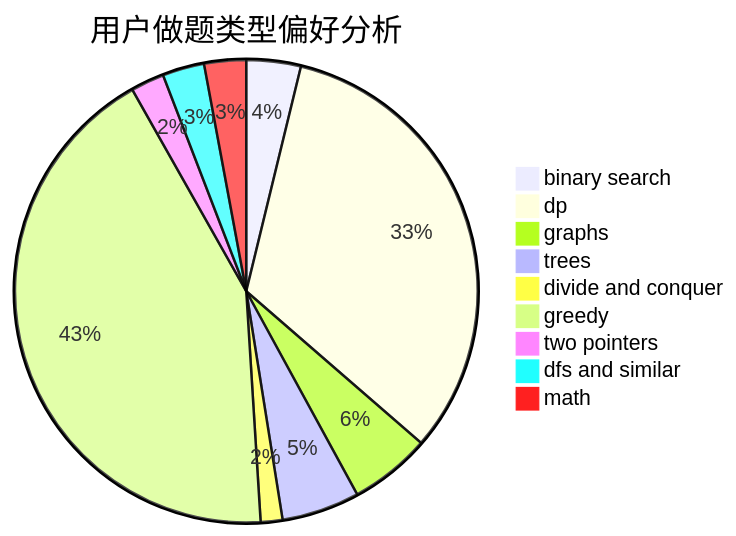
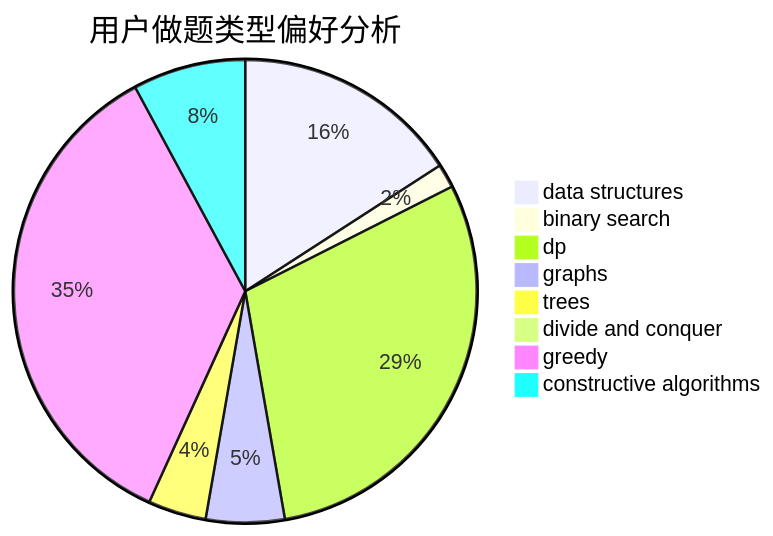
Before and after one commit to sherpahu/cfrs.github.io: the second of 3 diagrams in docs/user/u600.md, drawn with Mermaid. The commit also changed other lines of this file and 2775 other files, not shown here.

````diff
--- a/docs/user/u600.md
+++ b/docs/user/u600.md
@@ -23,12 +23,11 @@
 ```mermaid
 pie title 用户做题类型偏好分析
-    "binary search" :  65
-    "dp" :  557
-    "graphs" :  97
-    "trees" :  93
-    "divide and conquer" :  26
-    "greedy" :  732
-    "two pointers" :  40
-    "dfs and similar" :  50
-    "math" :  50
+    "data structures" :  133
+    "binary search" :  14
+    "dp" :  249
+    "graphs" :  46
+    "trees" :  34
+    "divide and conquer" :  7
+    "greedy" :  296
+    "constructive algorithms" :  66
 ```
````
